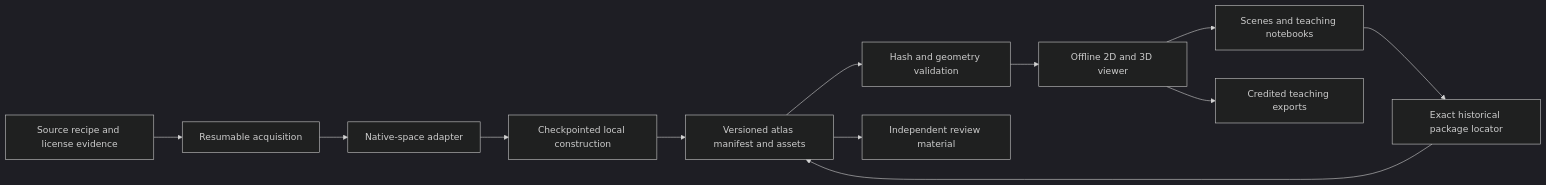
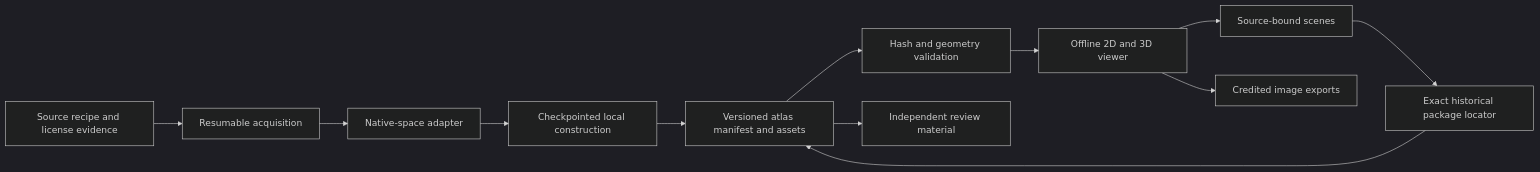
Before and after one commit to jinshanmu/NeuroImage: the diagram in docs/platform-design.md, drawn with Mermaid (dark theme). The commit also changed other lines of this file and 309 other files, not shown here.

````diff
--- a/docs/platform-design.md
+++ b/docs/platform-design.md
@@ -9,14 +9,14 @@
 ```mermaid
 flowchart LR
     A[Source recipe and license evidence] --> B[Resumable acquisition]
     B --> C[Native-space adapter]
     C --> D[Checkpointed local construction]
     D --> E[Versioned atlas manifest and assets]
     E --> F[Hash and geometry validation]
     F --> G[Offline 2D and 3D viewer]
-    G --> H[Scenes and teaching notebooks]
-    G --> I[Credited teaching exports]
+    G --> H[Source-bound scenes]
+    G --> I[Credited image exports]
     E --> J[Independent review material]
     H --> K[Exact historical package locator]
     K --> E
 ```
````
